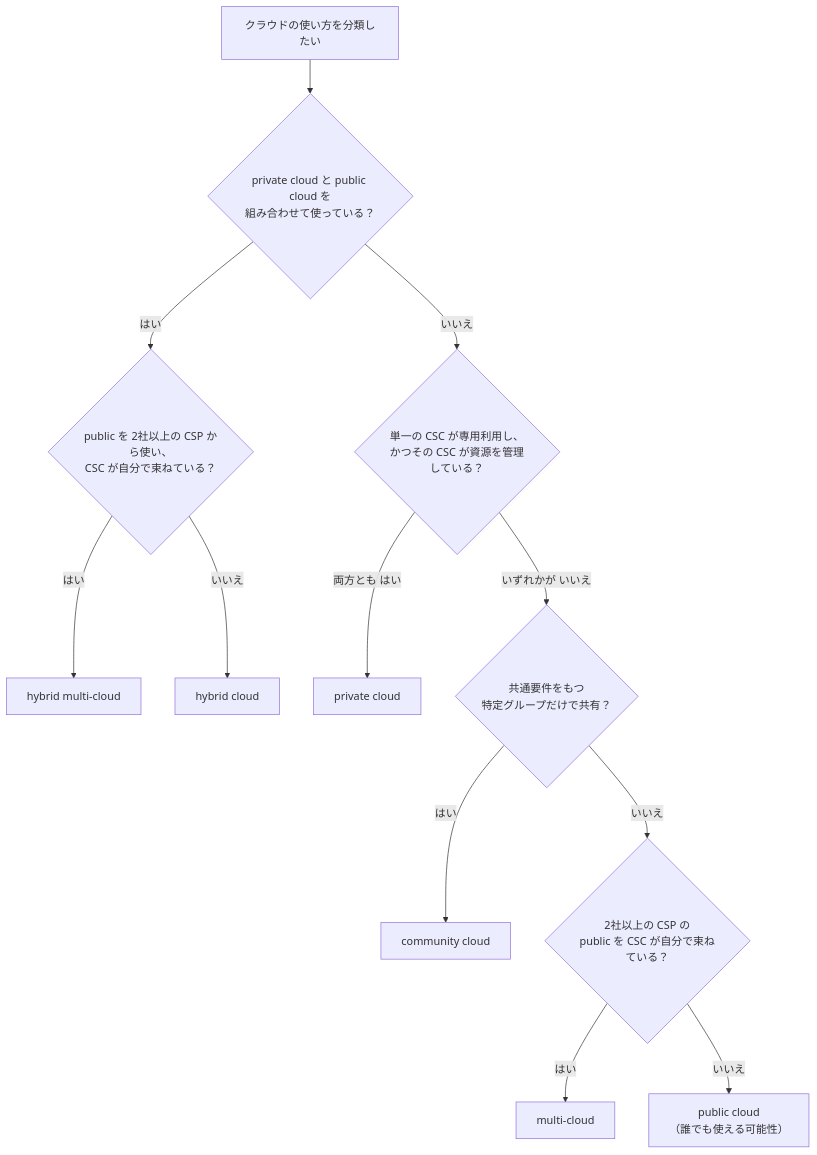
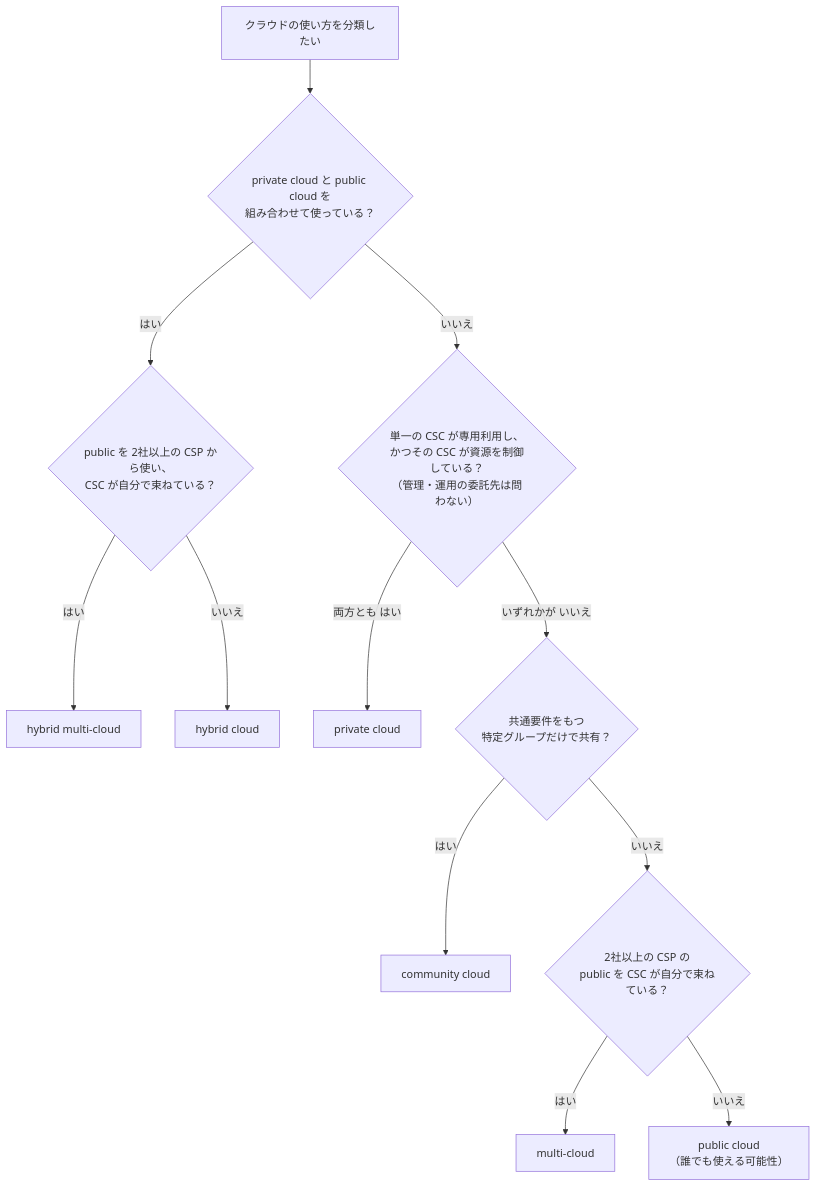
Before and after one commit to myoshi2891/Cloud-Infrastructure-and-Network-Studies: the fifth of 15 diagrams in Iso-iec-22123-1-2023-guide.md, drawn with Mermaid. The commit also changed other lines of this file, not shown here.

````diff
--- a/Iso-iec-22123-1-2023-guide.md
+++ b/Iso-iec-22123-1-2023-guide.md
@@ -224,14 +226,14 @@
 ```mermaid
 flowchart TD
     S["クラウドの使い方を分類したい"] --> Q0{"private cloud と public cloud を<br/>組み合わせて使っている？"}
     Q0 -->|"はい"| Q5{"public を 2社以上の CSP から使い、<br/>CSC が自分で束ねている？"}
     Q5 -->|"はい"| HMC["hybrid multi-cloud"]
     Q5 -->|"いいえ"| HYB["hybrid cloud"]
-    Q0 -->|"いいえ"| Q1{"単一の CSC が専用利用し、<br/>かつその CSC が資源を管理している？"}
+    Q0 -->|"いいえ"| Q1{"単一の CSC が専用利用し、<br/>かつその CSC が資源を制御している？<br/>（管理・運用の委託先は問わない）"}
     Q1 -->|"両方とも はい"| PRI["private cloud"]
     Q1 -->|"いずれかが いいえ"| Q2{"共通要件をもつ<br/>特定グループだけで共有？"}
     Q2 -->|"はい"| COM["community cloud"]
     Q2 -->|"いいえ"| Q4{"2社以上の CSP の<br/>public を CSC が自分で束ねている？"}
     Q4 -->|"はい"| MUL["multi-cloud"]
     Q4 -->|"いいえ"| PUB["public cloud<br/>（誰でも使える可能性）"]
 ```
````
